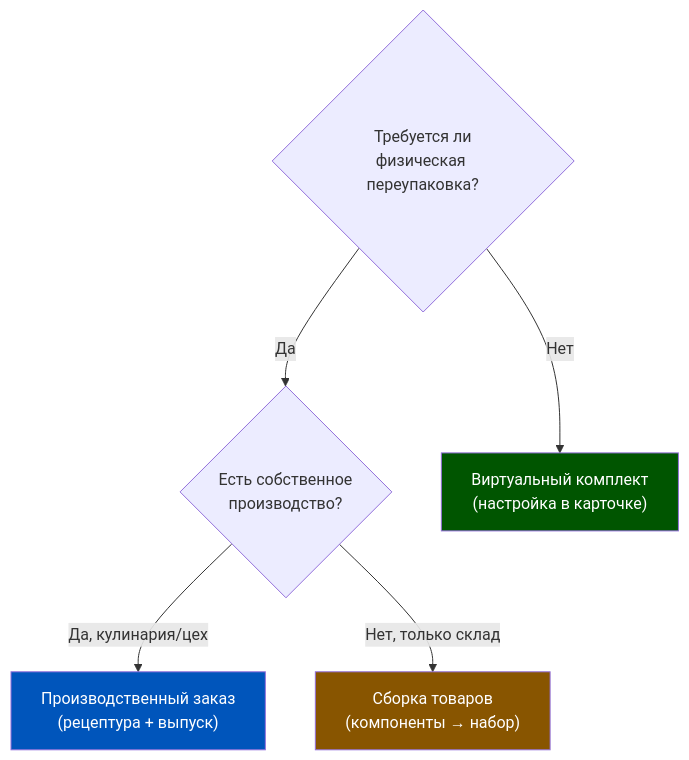
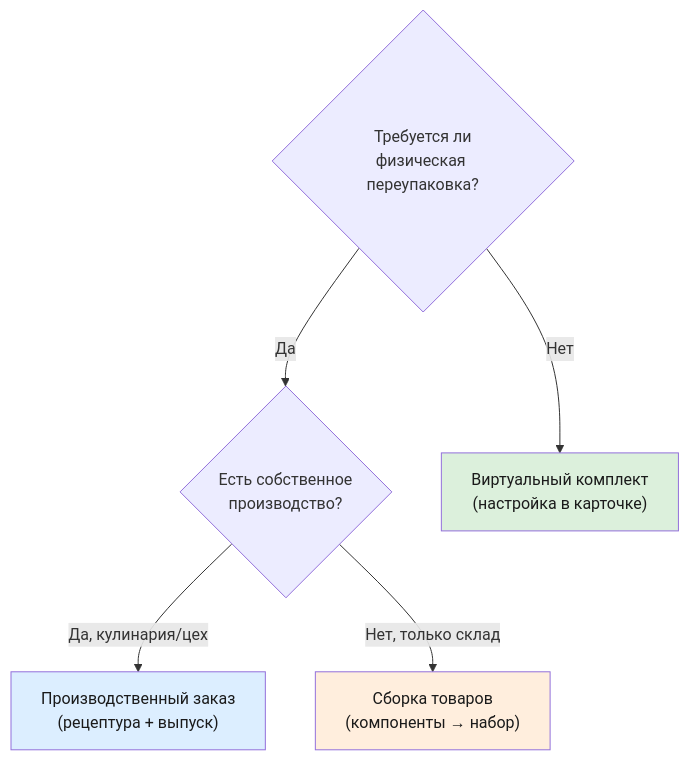
Before and after one commit to murad1986/1c-erp-quartz: the ninth of 9 diagrams in content/1c-erp/week_5/Неделя 5 - День 2 - Сборка и разборка товаров.md, drawn with Mermaid. The commit also changed other lines of this file and 57 other files, not shown here.

First line of the commit message:
fix: Mermaid — пастельные цвета в источниках диаграмм (56 файлов)

````diff
--- a/content/1c-erp/week_5/Неделя 5 - День 2 - Сборка и разборка товаров.md
+++ b/content/1c-erp/week_5/Неделя 5 - День 2 - Сборка и разборка товаров.md
@@ -534,17 +534,17 @@
 ```mermaid
 flowchart TD
     Q1{"Требуется ли
 физическая переупаковка?"}
     Q1 -->|"Да"| Q2{"Есть собственное
 производство?"}
     Q1 -->|"Нет"| VK["Виртуальный комплект
 (настройка в карточке)"]
     Q2 -->|"Да, кулинария/цех"| PROD["Производственный заказ
 (рецептура + выпуск)"]
     Q2 -->|"Нет, только склад"| ASS["Сборка товаров
 (компоненты → набор)"]
 
-    style VK fill:#005500,color:#fff
-    style PROD fill:#0055BB,color:#fff
-    style ASS fill:#885500,color:#fff
+    style VK fill:#dcf0dc,color:#1a1a1a
+    style PROD fill:#dceeff,color:#1a1a1a
+    style ASS fill:#ffeedd,color:#1a1a1a
 ```
````
